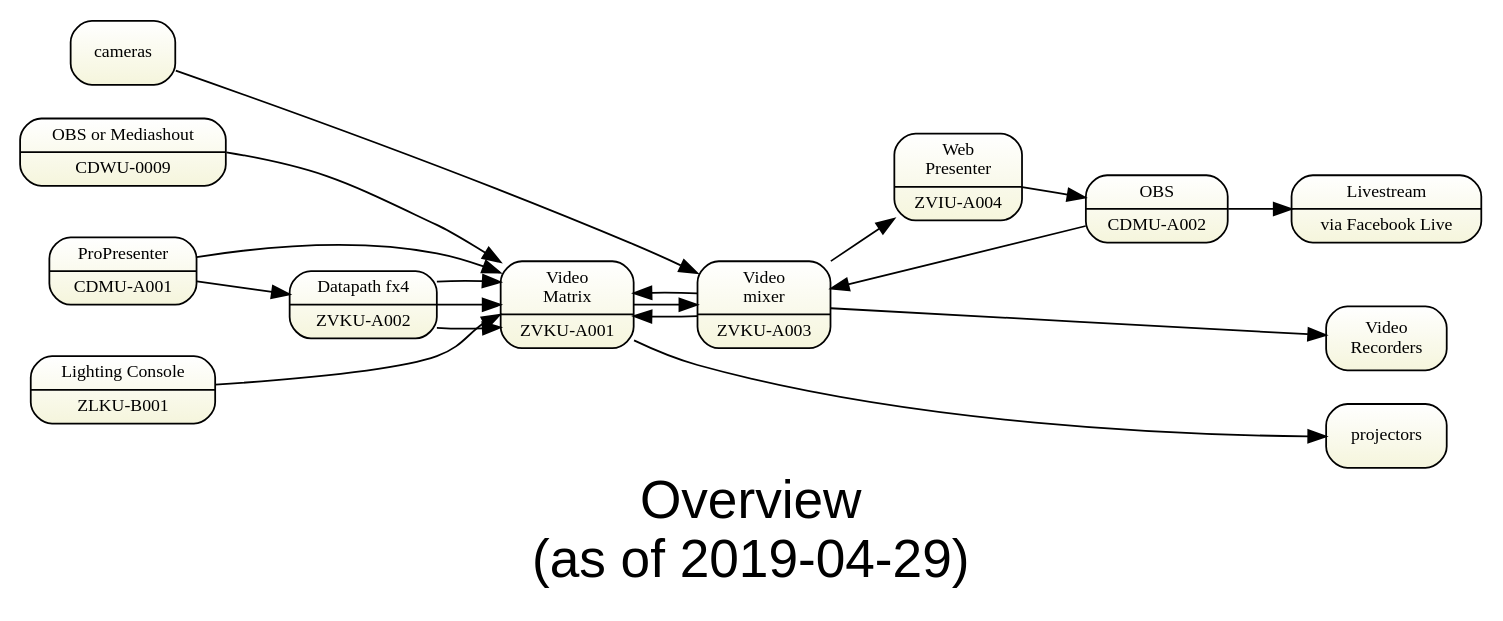
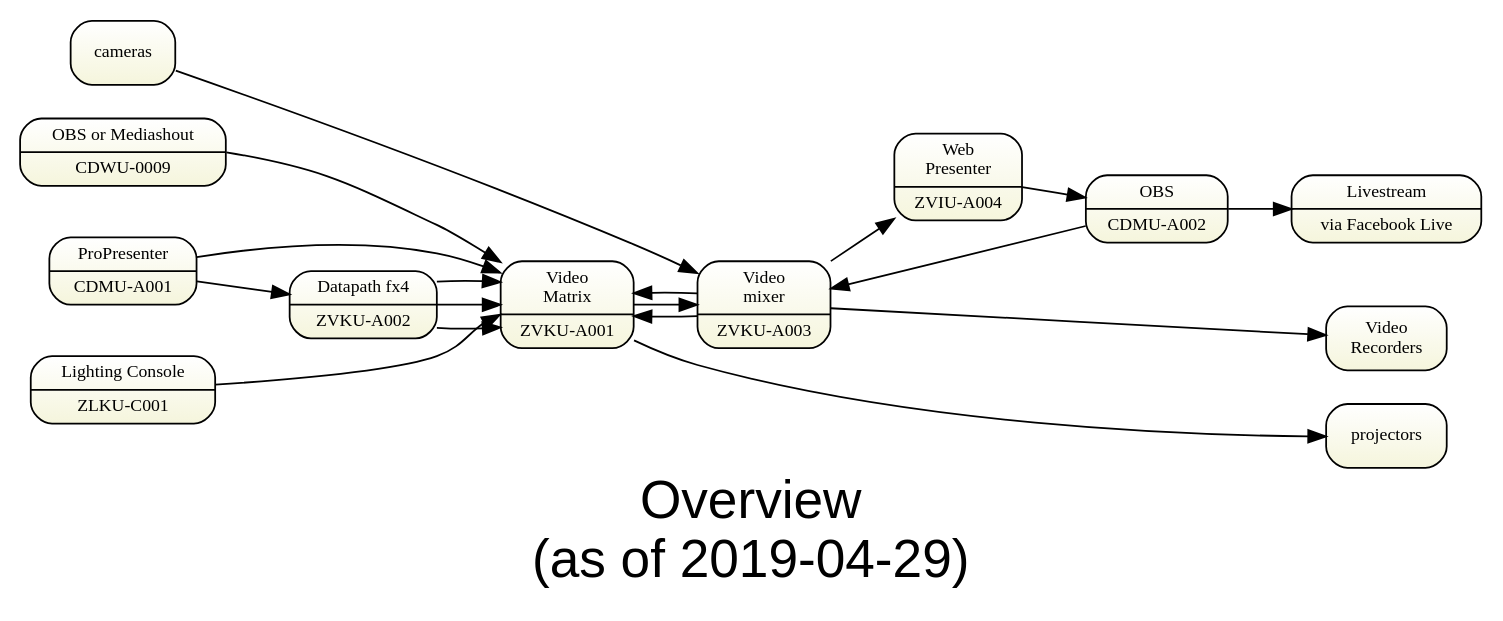
The diagram in sdv-topology0-overview.gv (avmaint/uactechdoc), drawn with Graphviz before and after one commit. The commit also changed 9 other files, not shown here.

Commit message:
Updated asset tag for lighting console

```diff
--- a/sdv-topology0-overview.gv
+++ b/sdv-topology0-overview.gv
@@ -1,47 +1,47 @@
 digraph topology0 { 
 graph [overlap = true, fontsize = 30, rankdir=LR 
       label="Overview\n(as of 2019-04-29)",
       fontname = Helvetica]
 
 node [shape=Mrecord, tooltip="" , fontsize = 10, 
       fillcolor="white:beige" , style=filled  
       gradientangle=270]
       
 pswitch [label="Video\nMatrix|ZVKU-A001"]
 rswitch [label="Video\nmixer|ZVKU-A003"]
     
 cdwu0009 [label="OBS or Mediashout|CDWU-0009"]
 cdmua001 [label="ProPresenter|CDMU-A001"]
 cdmua002 [label="OBS|CDMU-A002"]
 
 fx4 [label="Datapath fx4|ZVKU-A002"]
 wp [label="Web\nPresenter|ZVIU-A004"]
-cs40 [label="Lighting Console|ZLKU-B001"]
+cs40 [label="Lighting Console|ZLKU-C001"]
 facebook [label="Livestream|via Facebook Live"]
 recorders [label="Video\nRecorders"]
 
 cdmua001  -> fx4   
 
 fx4:o1        -> pswitch:i1
 fx4:o2        -> pswitch:i2
 fx4:o3        -> pswitch:i3
 cdmua001      -> pswitch:i4  
 cdwu0009:hdmi -> pswitch:i5
 rswitch       -> pswitch:i6
 rswitch       -> pswitch:i7
 cs40:hdmi     -> pswitch:i8
  
 wp -> cdmua002 
 cdmua002 -> rswitch
 cdmua002 -> facebook
 
 pswitch -> rswitch
 
 cameras -> rswitch
 rswitch->wp
 pswitch -> projectors
 rswitch -> recorders
 
 {rank=same; facebook projectors recorders}
 {rank=same; cameras cdmua001    cdwu0009 cs40 }
 } 
```
